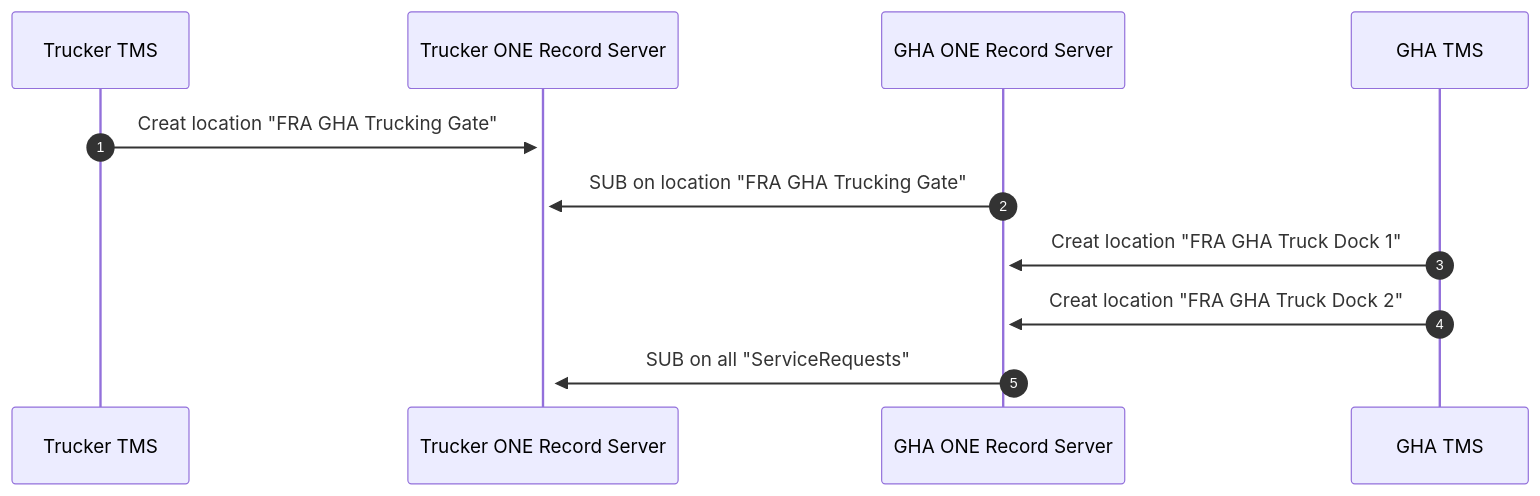
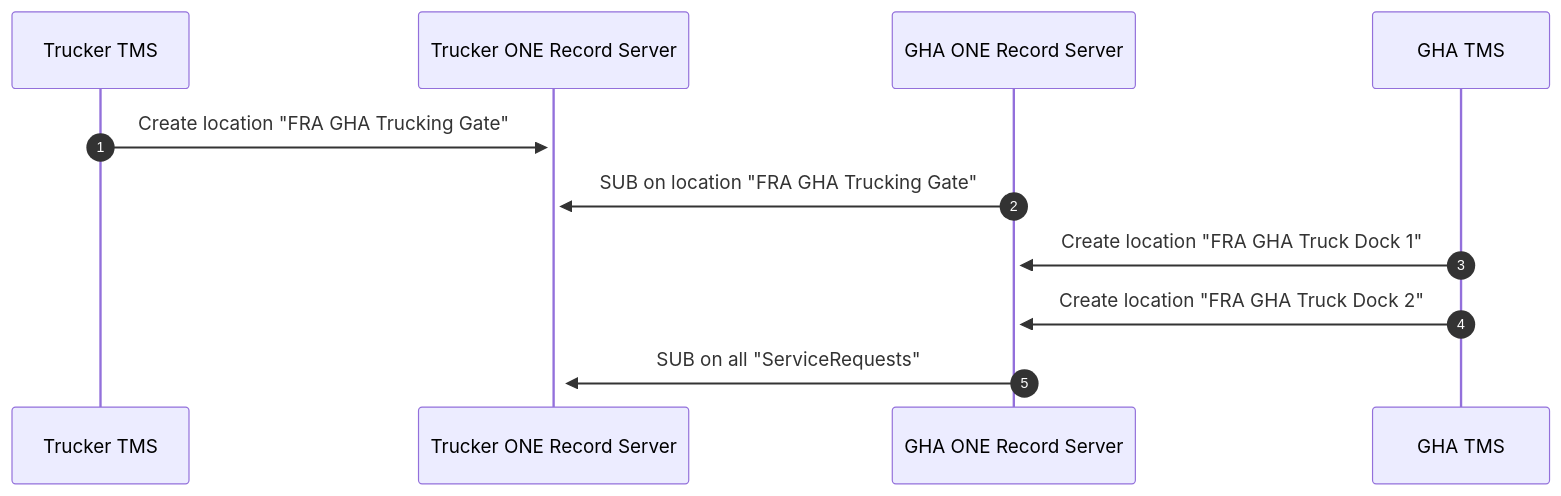
One commit to digital-cargo/good-practice-truck-preadvice changed the first of 3 diagrams in README.md. Above: the diagram before and after it, drawn with Mermaid. The commit also changed other lines of this file, not shown here.

Commit message:
Check diagrams for consistency

````diff
--- a/README.md
+++ b/README.md
@@ -137,13 +136,13 @@
 ```mermaid
 sequenceDiagram
     participant Trucker TMS
     participant Trucker ONE Record Server
     participant GHA ONE Record Server
     participant GHA TMS
     autonumber
-    Trucker TMS->>+Trucker ONE Record Server: Creat location "FRA GHA Trucking Gate"
+    Trucker TMS->>+Trucker ONE Record Server: Create location "FRA GHA Trucking Gate"
     GHA ONE Record Server->>+Trucker ONE Record Server: SUB on location "FRA GHA Trucking Gate"
-    GHA TMS->>+GHA ONE Record Server: Creat location "FRA GHA Truck Dock 1"
-    GHA TMS->>+GHA ONE Record Server: Creat location "FRA GHA Truck Dock 2"
+    GHA TMS->>+GHA ONE Record Server: Create location "FRA GHA Truck Dock 1"
+    GHA TMS->>+GHA ONE Record Server: Create location "FRA GHA Truck Dock 2"
     GHA ONE Record Server->>+Trucker ONE Record Server: SUB on all "ServiceRequests"
 ```
````
